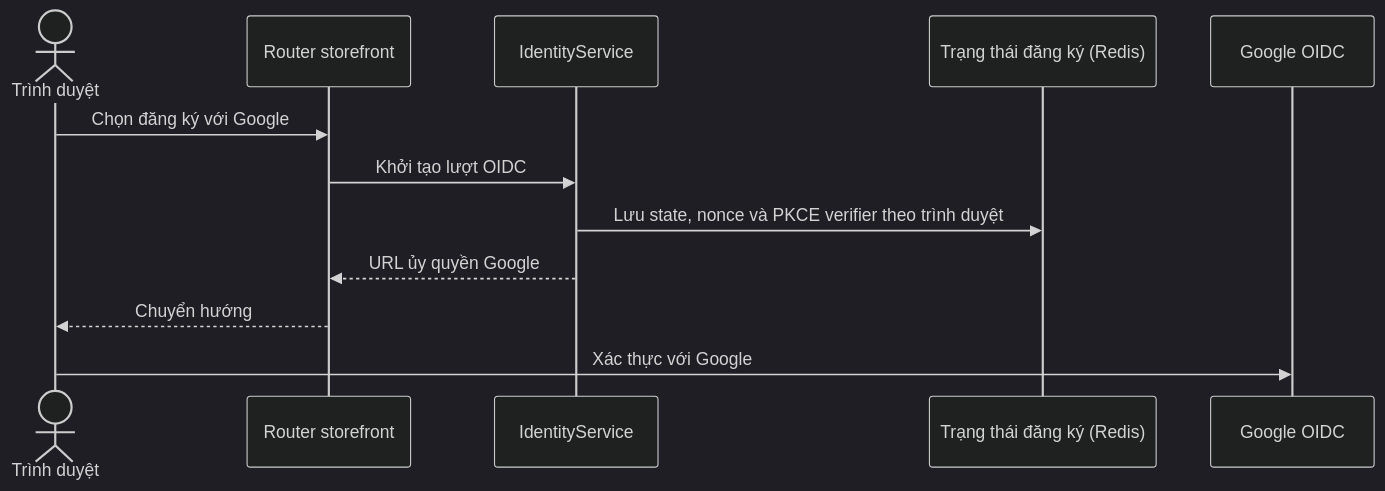
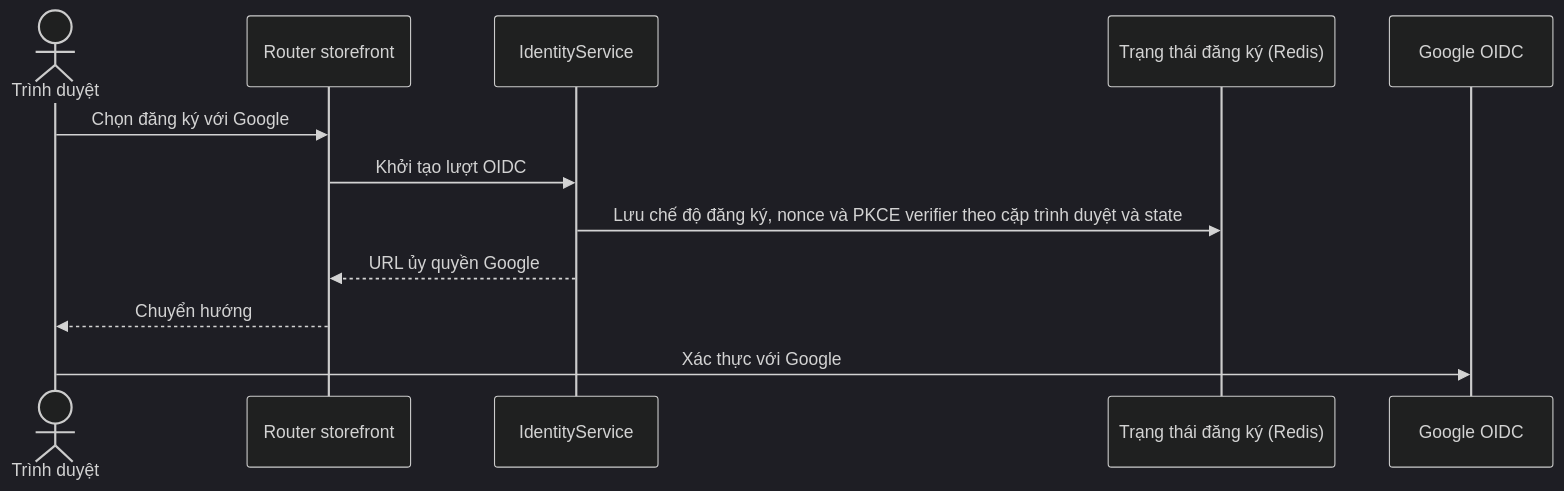
One commit to thanhklt/sobie-swimwear-e-commerce changed the diagram in docs/sequence/identity/get-register-google.md. Above: the diagram before and after it, drawn with Mermaid (dark theme). The commit also changed 72 other files, not shown here.

````diff
--- a/docs/sequence/identity/get-register-google.md
+++ b/docs/sequence/identity/get-register-google.md
@@ -5,14 +5,14 @@
 ```mermaid
 sequenceDiagram
     actor Browser as Trình duyệt
     participant Route as Router storefront
     participant Service as IdentityService
     participant Redis as Trạng thái đăng ký (Redis)
     participant Google as Google OIDC
     Browser->>Route: Chọn đăng ký với Google
     Route->>Service: Khởi tạo lượt OIDC
-    Service->>Redis: Lưu state, nonce và PKCE verifier theo trình duyệt
+    Service->>Redis: Lưu chế độ đăng ký, nonce và PKCE verifier theo cặp trình duyệt và state
     Service-->>Route: URL ủy quyền Google
     Route-->>Browser: Chuyển hướng
     Browser->>Google: Xác thực với Google
 ```
````
